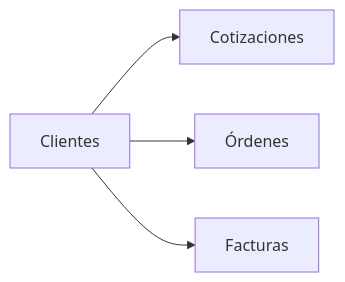
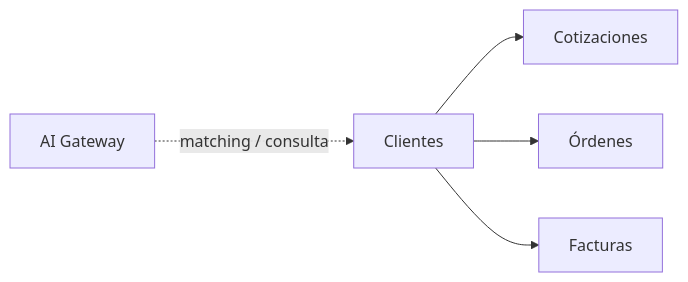
One commit to Ahcast/Bastion changed the diagram in bluehost/backend/app/Modules/Customers/LINEAMIENTOS.md. Above: the diagram before and after it, drawn with Mermaid. The commit also changed other lines of this file, not shown here.

````diff
--- a/bluehost/backend/app/Modules/Customers/LINEAMIENTOS.md
+++ b/bluehost/backend/app/Modules/Customers/LINEAMIENTOS.md
@@ -87,6 +87,7 @@
 ```mermaid
 flowchart LR
     C[Clientes] --> Q[Cotizaciones]
     C --> O[Órdenes]
     C --> F[Facturas]
+    AI[AI Gateway] -. matching / consulta .-> C
 ```
````
